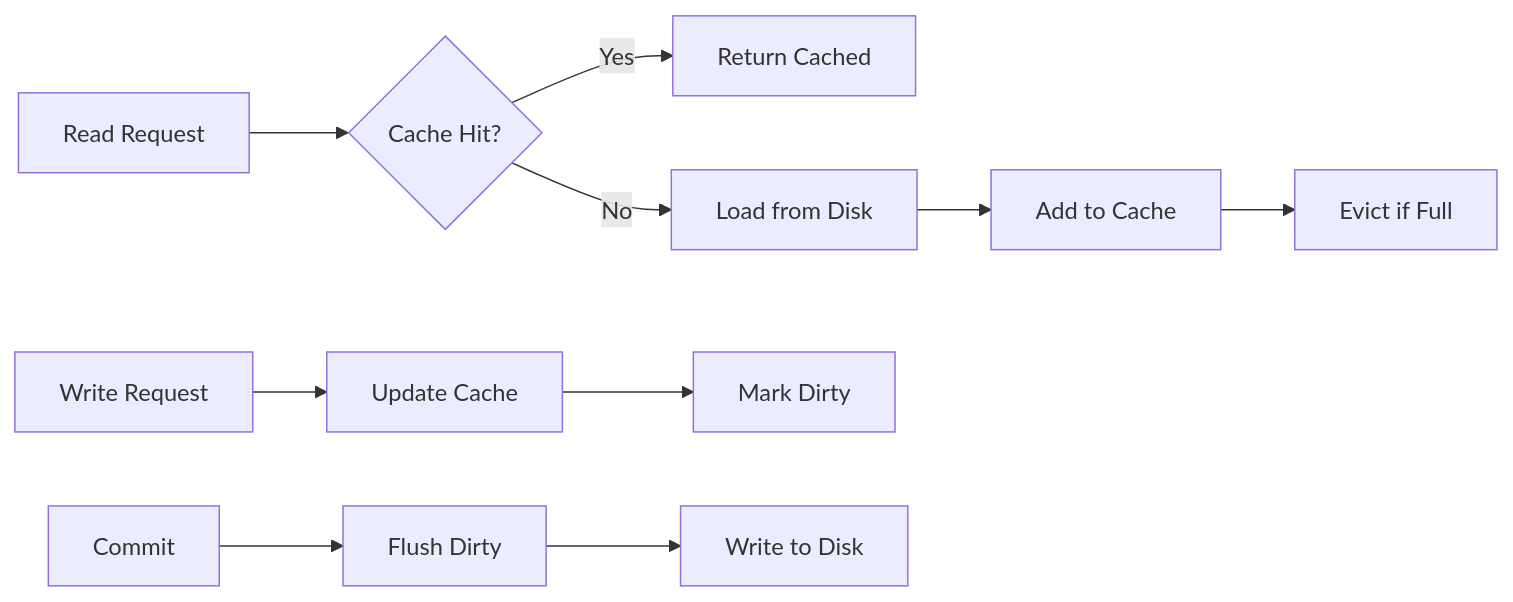
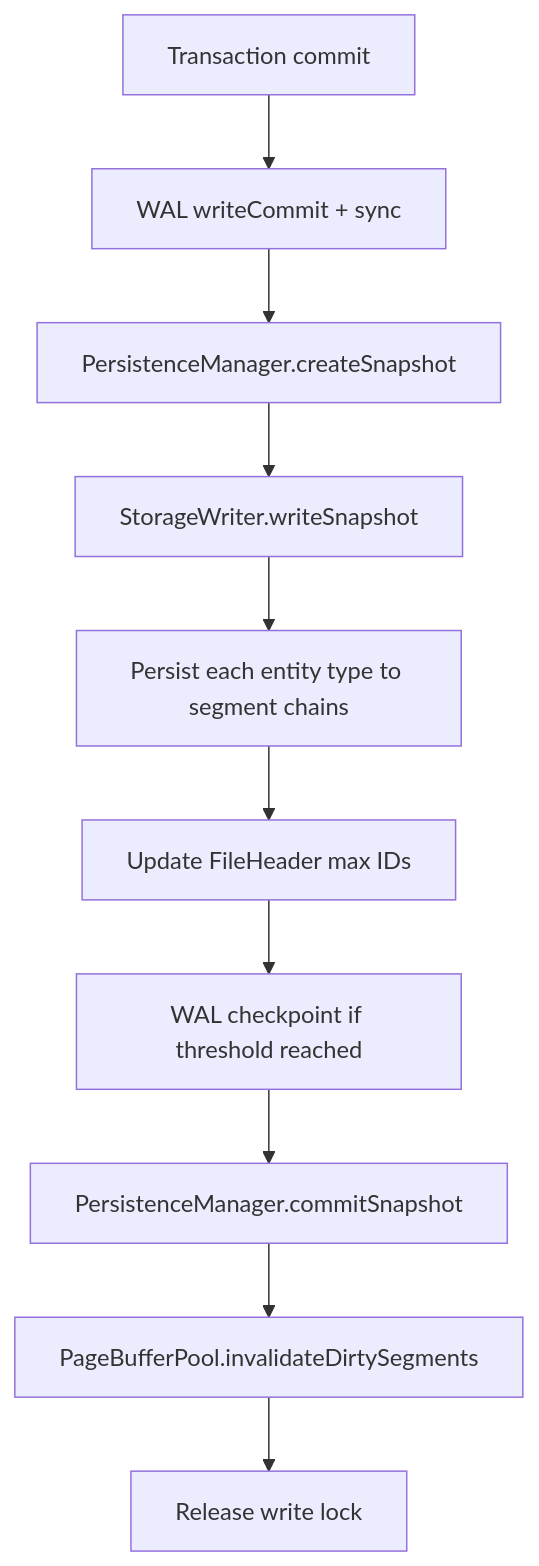
The fourth of 4 diagrams in docs/apps/docs/content/docs/en/zyx/architecture/storage.mdx (nexepic/zyx), drawn with Mermaid before and after one commit. The commit also changed other lines of this file and 73 other files, not shown here.

````diff
--- a/docs/apps/docs/content/docs/en/zyx/architecture/storage.mdx
+++ b/docs/apps/docs/content/docs/en/zyx/architecture/storage.mdx
@@ -334,14 +162,12 @@
 ```mermaid
-graph LR
-    A[Read Request] --> B{Cache Hit?}
-    B -->|Yes| C[Return Cached]
-    B -->|No| D[Load from Disk]
-    D --> E[Add to Cache]
-    E --> F[Evict if Full]
-
-    G[Write Request] --> H[Update Cache]
-    H --> I[Mark Dirty]
-
-    J[Commit] --> K[Flush Dirty]
-    K --> L[Write to Disk]
+graph TD
+    A[Transaction commit] --> B[WAL writeCommit + sync]
+    B --> C[PersistenceManager.createSnapshot]
+    C --> D[StorageWriter.writeSnapshot]
+    D --> E["Persist each entity type to segment chains"]
+    E --> F[Update FileHeader max IDs]
+    F --> G[WAL checkpoint if threshold reached]
+    G --> H[PersistenceManager.commitSnapshot]
+    H --> I[PageBufferPool.invalidateDirtySegments]
+    I --> J[Release write lock]
 ```
````
